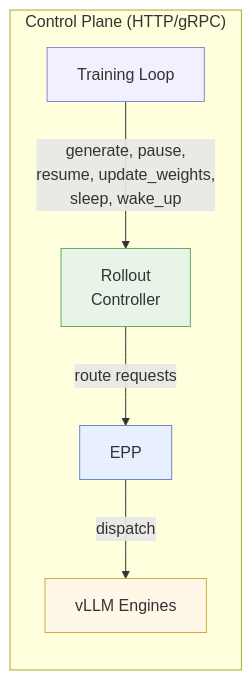
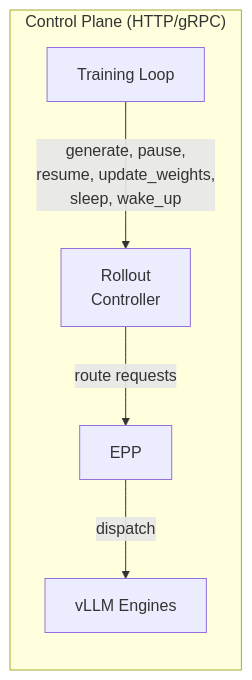
One commit to llm-d-incubation/llm-d-rl changed the sixth of 7 diagrams in docs/proposals/rl-rollout-northstar.md. Above: the diagram before and after it, drawn with Mermaid. The commit also changed other lines of this file and 1 other file, not shown here.

First line of the commit message:
Remove color/style directives from Mermaid diagrams

````diff
--- a/docs/proposals/rl-rollout-northstar.md
+++ b/docs/proposals/rl-rollout-northstar.md
@@ -300,13 +280,9 @@
 ```mermaid
 graph LR
     subgraph "Control Plane (HTTP/gRPC)"
         A["Training Loop"] -->|"generate, pause,<br/>resume, update_weights,<br/>sleep, wake_up"| B["Rollout<br/>Controller"]
         B -->|"route requests"| C["EPP"]
         C -->|"dispatch"| D["vLLM Engines"]
     end
 
-    style A fill:#f0f0ff,stroke:#8888cc
-    style B fill:#e8f4e8,stroke:#66aa66
-    style C fill:#e8f0ff,stroke:#6688cc
-    style D fill:#fff8e8,stroke:#ccaa44
 ```
````
